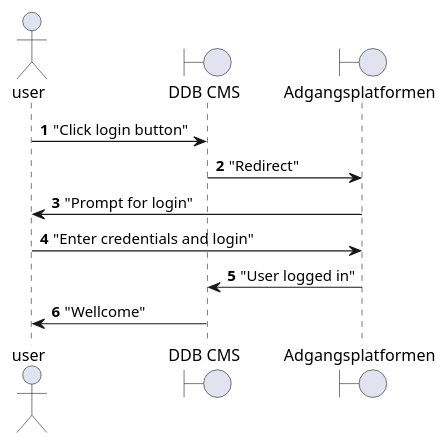
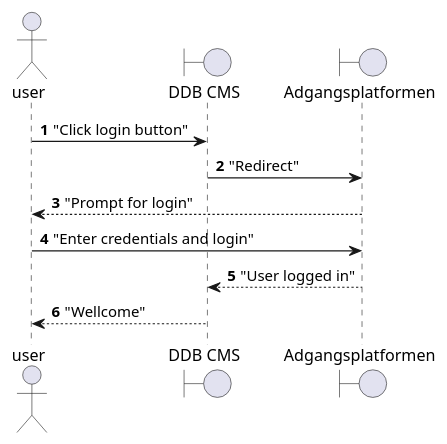
The diagram in docs/test.pu (rolfmadsen/plantuml), drawn with PlantUML before and after one commit.

```diff
--- a/docs/test.pu
+++ b/docs/test.pu
@@ -1,14 +1,14 @@
 @startuml
 autonumber
 
 actor user
 boundary "DDB CMS" as cms
 boundary "Adgangsplatformen" as login
 
 user -> cms : "Click login button"
 cms -> login : "Redirect"
-login -> user : "Prompt for login"
+login --> user : "Prompt for login"
 user -> login : "Enter credentials and login"
-login -> cms : "User logged in"
-cms -> user : "Wellcome"
+login --> cms : "User logged in"
+cms --> user : "Wellcome"
 @enduml
```
